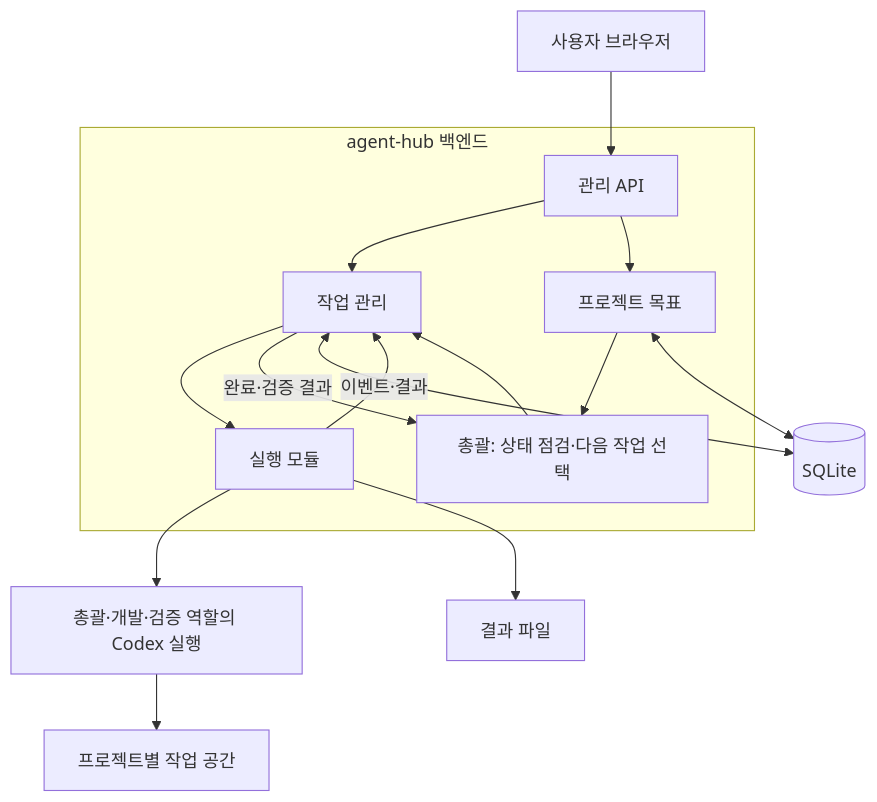
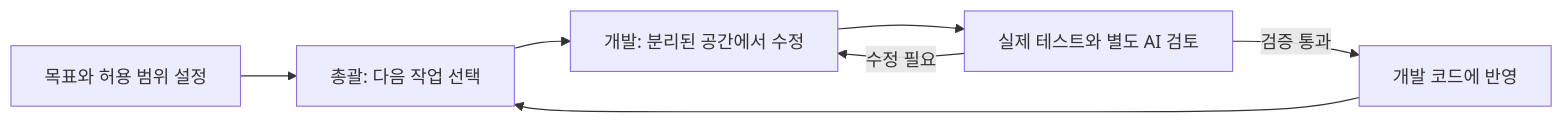
The diagram in README.md (lmj00/agent-hub), drawn with Mermaid before and after one commit. The commit also changed other lines of this file and 15 other files, not shown here.

````diff
--- a/README.md
+++ b/README.md
@@ -658,18 +11,9 @@
 ```mermaid
-flowchart TD
-    User[사용자 브라우저] --> API
-    subgraph Hub[agent-hub 백엔드]
-        API[관리 API] --> Tasks[작업 관리]
-        API --> Goals[프로젝트 목표]
-        Goals --> Planner[총괄: 상태 점검·다음 작업 선택]
-        Planner --> Tasks
-        Tasks --> Worker[실행 모듈]
-        Tasks -->|완료·검증 결과| Planner
-    end
-    Tasks <--> DB[(SQLite)]
-    Worker -->|이벤트·결과| Tasks
-    Goals <--> DB
-    Worker --> Agent[총괄·개발·검증 역할의 Codex 실행]
-    Agent --> Workspace[프로젝트별 작업 공간]
-    Worker --> Artifacts[결과 파일]
+flowchart LR
+    A[목표와 허용 범위 설정] --> B[총괄: 다음 작업 선택]
+    B --> C[개발: 분리된 공간에서 수정]
+    C --> D[실제 테스트와 별도 AI 검토]
+    D -->|수정 필요| C
+    D -->|검증 통과| E[개발 코드에 반영]
+    E --> B
 ```
````
